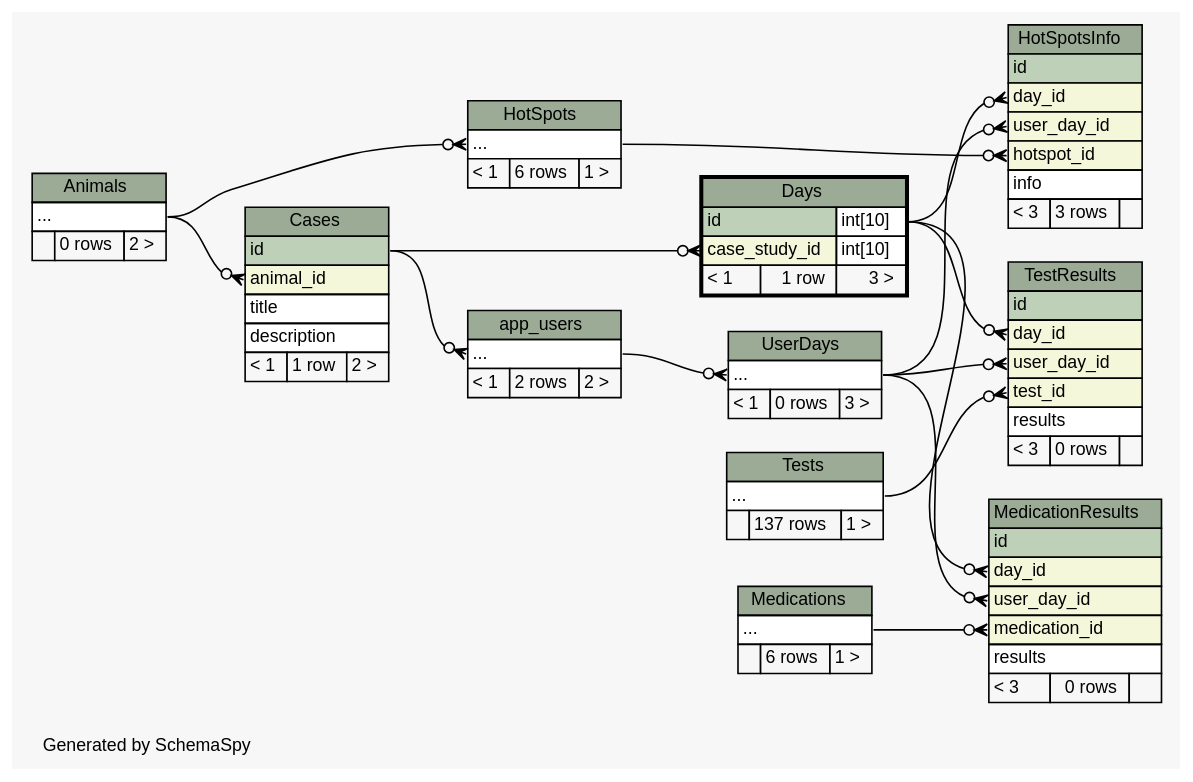
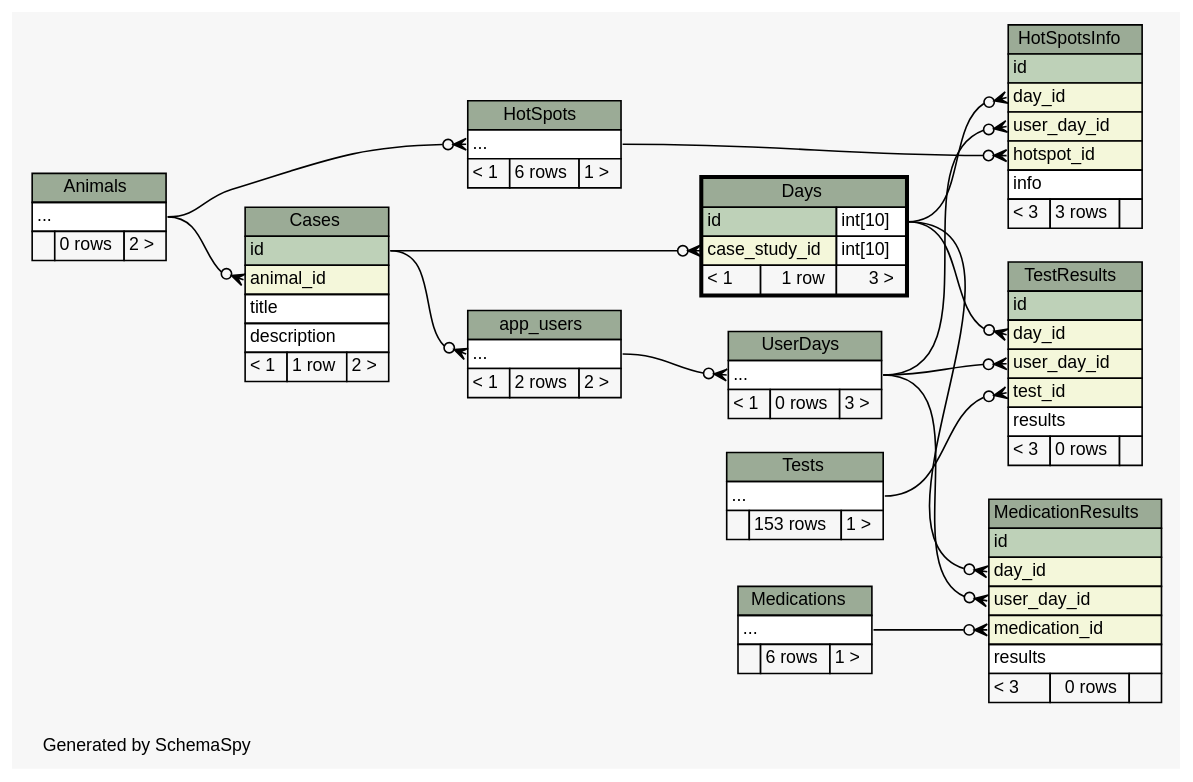
Before and after one commit to carrel2/CaseStudies: the diagram in web/files/schema/diagrams/Days.2degrees.dot, drawn with Graphviz. The commit also changed 190 other files, not shown here.

```diff
--- a/web/files/schema/diagrams/Days.2degrees.dot
+++ b/web/files/schema/diagrams/Days.2degrees.dot
@@ -1,162 +1,162 @@
 // dot 2.38.0 on Linux 4.4.0-72-generic
 // SchemaSpy rev 590
 digraph "twoDegreesRelationshipsDiagram" {
   graph [
     rankdir="RL"
     bgcolor="#f7f7f7"
     label="\nGenerated by SchemaSpy"
     labeljust="l"
     nodesep="0.18"
     ranksep="0.46"
     fontname="Helvetica"
     fontsize="11"
   ];
   node [
     fontname="Helvetica"
     fontsize="11"
     shape="plaintext"
   ];
   edge [
     arrowsize="0.8"
   ];
   "app_users":"elipses":w -> "Cases":"id":e [arrowhead=none dir=back arrowtail=crowodot];
   "Cases":"animal_id":w -> "Animals":"elipses":e [arrowhead=none dir=back arrowtail=crowodot];
   "Days":"case_study_id":w -> "Cases":"id":e [arrowhead=none dir=back arrowtail=crowodot];
   "HotSpots":"elipses":w -> "Animals":"elipses":e [arrowhead=none dir=back arrowtail=crowodot];
   "HotSpotsInfo":"day_id":w -> "Days":"id.type":e [arrowhead=none dir=back arrowtail=crowodot];
   "HotSpotsInfo":"hotspot_id":w -> "HotSpots":"elipses":e [arrowhead=none dir=back arrowtail=crowodot];
   "HotSpotsInfo":"user_day_id":w -> "UserDays":"elipses":e [arrowhead=none dir=back arrowtail=crowodot];
   "MedicationResults":"day_id":w -> "Days":"id.type":e [arrowhead=none dir=back arrowtail=crowodot];
   "MedicationResults":"medication_id":w -> "Medications":"elipses":e [arrowhead=none dir=back arrowtail=crowodot];
   "MedicationResults":"user_day_id":w -> "UserDays":"elipses":e [arrowhead=none dir=back arrowtail=crowodot];
   "TestResults":"day_id":w -> "Days":"id.type":e [arrowhead=none dir=back arrowtail=crowodot];
   "TestResults":"test_id":w -> "Tests":"elipses":e [arrowhead=none dir=back arrowtail=crowodot];
   "TestResults":"user_day_id":w -> "UserDays":"elipses":e [arrowhead=none dir=back arrowtail=crowodot];
   "UserDays":"elipses":w -> "app_users":"elipses":e [arrowhead=none dir=back arrowtail=crowodot];
   "Animals" [
     label=<
     <TABLE BORDER="0" CELLBORDER="1" CELLSPACING="0" BGCOLOR="#ffffff">
       <TR><TD COLSPAN="3" BGCOLOR="#9bab96" ALIGN="CENTER">Animals</TD></TR>
       <TR><TD PORT="elipses" COLSPAN="3" ALIGN="LEFT">...</TD></TR>
       <TR><TD ALIGN="LEFT" BGCOLOR="#f7f7f7">  </TD><TD ALIGN="RIGHT" BGCOLOR="#f7f7f7">0 rows</TD><TD ALIGN="RIGHT" BGCOLOR="#f7f7f7">2 &gt;</TD></TR>
     </TABLE>>
     URL="Animals.html"
     tooltip="Animals"
   ];
   "app_users" [
     label=<
     <TABLE BORDER="0" CELLBORDER="1" CELLSPACING="0" BGCOLOR="#ffffff">
       <TR><TD COLSPAN="3" BGCOLOR="#9bab96" ALIGN="CENTER">app_users</TD></TR>
       <TR><TD PORT="elipses" COLSPAN="3" ALIGN="LEFT">...</TD></TR>
       <TR><TD ALIGN="LEFT" BGCOLOR="#f7f7f7">&lt; 1</TD><TD ALIGN="RIGHT" BGCOLOR="#f7f7f7">2 rows</TD><TD ALIGN="RIGHT" BGCOLOR="#f7f7f7">2 &gt;</TD></TR>
     </TABLE>>
     URL="app_users.html"
     tooltip="app_users"
   ];
   "Cases" [
     label=<
     <TABLE BORDER="0" CELLBORDER="1" CELLSPACING="0" BGCOLOR="#ffffff">
       <TR><TD COLSPAN="3" BGCOLOR="#9bab96" ALIGN="CENTER">Cases</TD></TR>
       <TR><TD PORT="id" COLSPAN="3" BGCOLOR="#bed1b8" ALIGN="LEFT">id</TD></TR>
       <TR><TD PORT="animal_id" COLSPAN="3" BGCOLOR="#f4f7da" ALIGN="LEFT">animal_id</TD></TR>
       <TR><TD PORT="title" COLSPAN="3" ALIGN="LEFT">title</TD></TR>
       <TR><TD PORT="description" COLSPAN="3" ALIGN="LEFT">description</TD></TR>
       <TR><TD ALIGN="LEFT" BGCOLOR="#f7f7f7">&lt; 1</TD><TD ALIGN="RIGHT" BGCOLOR="#f7f7f7">1 row</TD><TD ALIGN="RIGHT" BGCOLOR="#f7f7f7">2 &gt;</TD></TR>
     </TABLE>>
     URL="Cases.html"
     tooltip="Cases"
   ];
   "Days" [
     label=<
     <TABLE BORDER="2" CELLBORDER="1" CELLSPACING="0" BGCOLOR="#ffffff">
       <TR><TD COLSPAN="3" BGCOLOR="#9bab96" ALIGN="CENTER">Days</TD></TR>
       <TR><TD PORT="id" COLSPAN="2" BGCOLOR="#bed1b8" ALIGN="LEFT">id</TD><TD PORT="id.type" ALIGN="LEFT">int[10]</TD></TR>
       <TR><TD PORT="case_study_id" COLSPAN="2" BGCOLOR="#f4f7da" ALIGN="LEFT">case_study_id</TD><TD PORT="case_study_id.type" ALIGN="LEFT">int[10]</TD></TR>
       <TR><TD ALIGN="LEFT" BGCOLOR="#f7f7f7">&lt; 1</TD><TD ALIGN="RIGHT" BGCOLOR="#f7f7f7">1 row</TD><TD ALIGN="RIGHT" BGCOLOR="#f7f7f7">3 &gt;</TD></TR>
     </TABLE>>
     URL="Days.html"
     tooltip="Days"
   ];
   "HotSpots" [
     label=<
     <TABLE BORDER="0" CELLBORDER="1" CELLSPACING="0" BGCOLOR="#ffffff">
       <TR><TD COLSPAN="3" BGCOLOR="#9bab96" ALIGN="CENTER">HotSpots</TD></TR>
       <TR><TD PORT="elipses" COLSPAN="3" ALIGN="LEFT">...</TD></TR>
       <TR><TD ALIGN="LEFT" BGCOLOR="#f7f7f7">&lt; 1</TD><TD ALIGN="RIGHT" BGCOLOR="#f7f7f7">6 rows</TD><TD ALIGN="RIGHT" BGCOLOR="#f7f7f7">1 &gt;</TD></TR>
     </TABLE>>
     URL="HotSpots.html"
     tooltip="HotSpots"
   ];
   "HotSpotsInfo" [
     label=<
     <TABLE BORDER="0" CELLBORDER="1" CELLSPACING="0" BGCOLOR="#ffffff">
       <TR><TD COLSPAN="3" BGCOLOR="#9bab96" ALIGN="CENTER">HotSpotsInfo</TD></TR>
       <TR><TD PORT="id" COLSPAN="3" BGCOLOR="#bed1b8" ALIGN="LEFT">id</TD></TR>
       <TR><TD PORT="day_id" COLSPAN="3" BGCOLOR="#f4f7da" ALIGN="LEFT">day_id</TD></TR>
       <TR><TD PORT="user_day_id" COLSPAN="3" BGCOLOR="#f4f7da" ALIGN="LEFT">user_day_id</TD></TR>
       <TR><TD PORT="hotspot_id" COLSPAN="3" BGCOLOR="#f4f7da" ALIGN="LEFT">hotspot_id</TD></TR>
       <TR><TD PORT="info" COLSPAN="3" ALIGN="LEFT">info</TD></TR>
       <TR><TD ALIGN="LEFT" BGCOLOR="#f7f7f7">&lt; 3</TD><TD ALIGN="RIGHT" BGCOLOR="#f7f7f7">3 rows</TD><TD ALIGN="RIGHT" BGCOLOR="#f7f7f7">  </TD></TR>
     </TABLE>>
     URL="HotSpotsInfo.html"
     tooltip="HotSpotsInfo"
   ];
   "MedicationResults" [
     label=<
     <TABLE BORDER="0" CELLBORDER="1" CELLSPACING="0" BGCOLOR="#ffffff">
       <TR><TD COLSPAN="3" BGCOLOR="#9bab96" ALIGN="CENTER">MedicationResults</TD></TR>
       <TR><TD PORT="id" COLSPAN="3" BGCOLOR="#bed1b8" ALIGN="LEFT">id</TD></TR>
       <TR><TD PORT="day_id" COLSPAN="3" BGCOLOR="#f4f7da" ALIGN="LEFT">day_id</TD></TR>
       <TR><TD PORT="user_day_id" COLSPAN="3" BGCOLOR="#f4f7da" ALIGN="LEFT">user_day_id</TD></TR>
       <TR><TD PORT="medication_id" COLSPAN="3" BGCOLOR="#f4f7da" ALIGN="LEFT">medication_id</TD></TR>
       <TR><TD PORT="results" COLSPAN="3" ALIGN="LEFT">results</TD></TR>
       <TR><TD ALIGN="LEFT" BGCOLOR="#f7f7f7">&lt; 3</TD><TD ALIGN="RIGHT" BGCOLOR="#f7f7f7">0 rows</TD><TD ALIGN="RIGHT" BGCOLOR="#f7f7f7">  </TD></TR>
     </TABLE>>
     URL="MedicationResults.html"
     tooltip="MedicationResults"
   ];
   "Medications" [
     label=<
     <TABLE BORDER="0" CELLBORDER="1" CELLSPACING="0" BGCOLOR="#ffffff">
       <TR><TD COLSPAN="3" BGCOLOR="#9bab96" ALIGN="CENTER">Medications</TD></TR>
       <TR><TD PORT="elipses" COLSPAN="3" ALIGN="LEFT">...</TD></TR>
       <TR><TD ALIGN="LEFT" BGCOLOR="#f7f7f7">  </TD><TD ALIGN="RIGHT" BGCOLOR="#f7f7f7">6 rows</TD><TD ALIGN="RIGHT" BGCOLOR="#f7f7f7">1 &gt;</TD></TR>
     </TABLE>>
     URL="Medications.html"
     tooltip="Medications"
   ];
   "TestResults" [
     label=<
     <TABLE BORDER="0" CELLBORDER="1" CELLSPACING="0" BGCOLOR="#ffffff">
       <TR><TD COLSPAN="3" BGCOLOR="#9bab96" ALIGN="CENTER">TestResults</TD></TR>
       <TR><TD PORT="id" COLSPAN="3" BGCOLOR="#bed1b8" ALIGN="LEFT">id</TD></TR>
       <TR><TD PORT="day_id" COLSPAN="3" BGCOLOR="#f4f7da" ALIGN="LEFT">day_id</TD></TR>
       <TR><TD PORT="user_day_id" COLSPAN="3" BGCOLOR="#f4f7da" ALIGN="LEFT">user_day_id</TD></TR>
       <TR><TD PORT="test_id" COLSPAN="3" BGCOLOR="#f4f7da" ALIGN="LEFT">test_id</TD></TR>
       <TR><TD PORT="results" COLSPAN="3" ALIGN="LEFT">results</TD></TR>
       <TR><TD ALIGN="LEFT" BGCOLOR="#f7f7f7">&lt; 3</TD><TD ALIGN="RIGHT" BGCOLOR="#f7f7f7">0 rows</TD><TD ALIGN="RIGHT" BGCOLOR="#f7f7f7">  </TD></TR>
     </TABLE>>
     URL="TestResults.html"
     tooltip="TestResults"
   ];
   "Tests" [
     label=<
     <TABLE BORDER="0" CELLBORDER="1" CELLSPACING="0" BGCOLOR="#ffffff">
       <TR><TD COLSPAN="3" BGCOLOR="#9bab96" ALIGN="CENTER">Tests</TD></TR>
       <TR><TD PORT="elipses" COLSPAN="3" ALIGN="LEFT">...</TD></TR>
-      <TR><TD ALIGN="LEFT" BGCOLOR="#f7f7f7">  </TD><TD ALIGN="RIGHT" BGCOLOR="#f7f7f7">137 rows</TD><TD ALIGN="RIGHT" BGCOLOR="#f7f7f7">1 &gt;</TD></TR>
+      <TR><TD ALIGN="LEFT" BGCOLOR="#f7f7f7">  </TD><TD ALIGN="RIGHT" BGCOLOR="#f7f7f7">153 rows</TD><TD ALIGN="RIGHT" BGCOLOR="#f7f7f7">1 &gt;</TD></TR>
     </TABLE>>
     URL="Tests.html"
     tooltip="Tests"
   ];
   "UserDays" [
     label=<
     <TABLE BORDER="0" CELLBORDER="1" CELLSPACING="0" BGCOLOR="#ffffff">
       <TR><TD COLSPAN="3" BGCOLOR="#9bab96" ALIGN="CENTER">UserDays</TD></TR>
       <TR><TD PORT="elipses" COLSPAN="3" ALIGN="LEFT">...</TD></TR>
       <TR><TD ALIGN="LEFT" BGCOLOR="#f7f7f7">&lt; 1</TD><TD ALIGN="RIGHT" BGCOLOR="#f7f7f7">0 rows</TD><TD ALIGN="RIGHT" BGCOLOR="#f7f7f7">3 &gt;</TD></TR>
     </TABLE>>
     URL="UserDays.html"
     tooltip="UserDays"
   ];
 }
```
